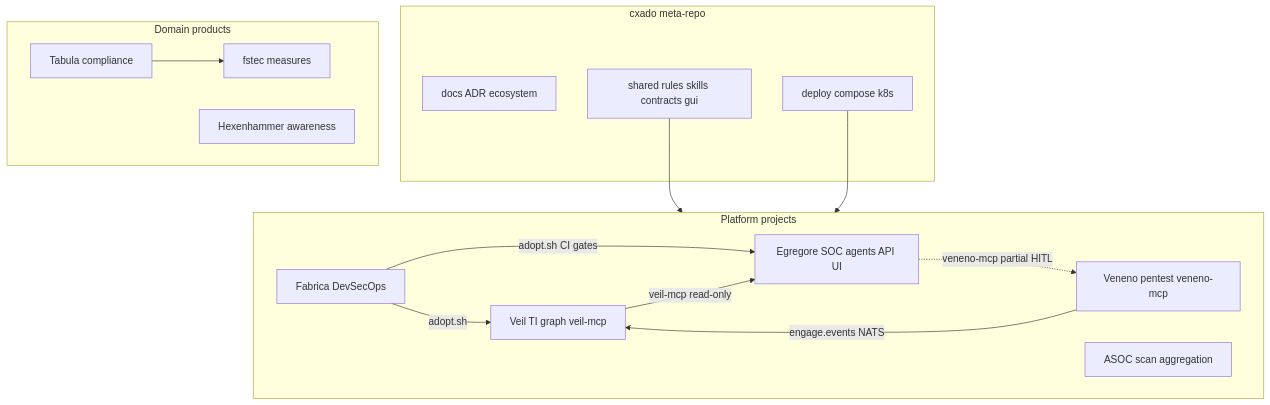
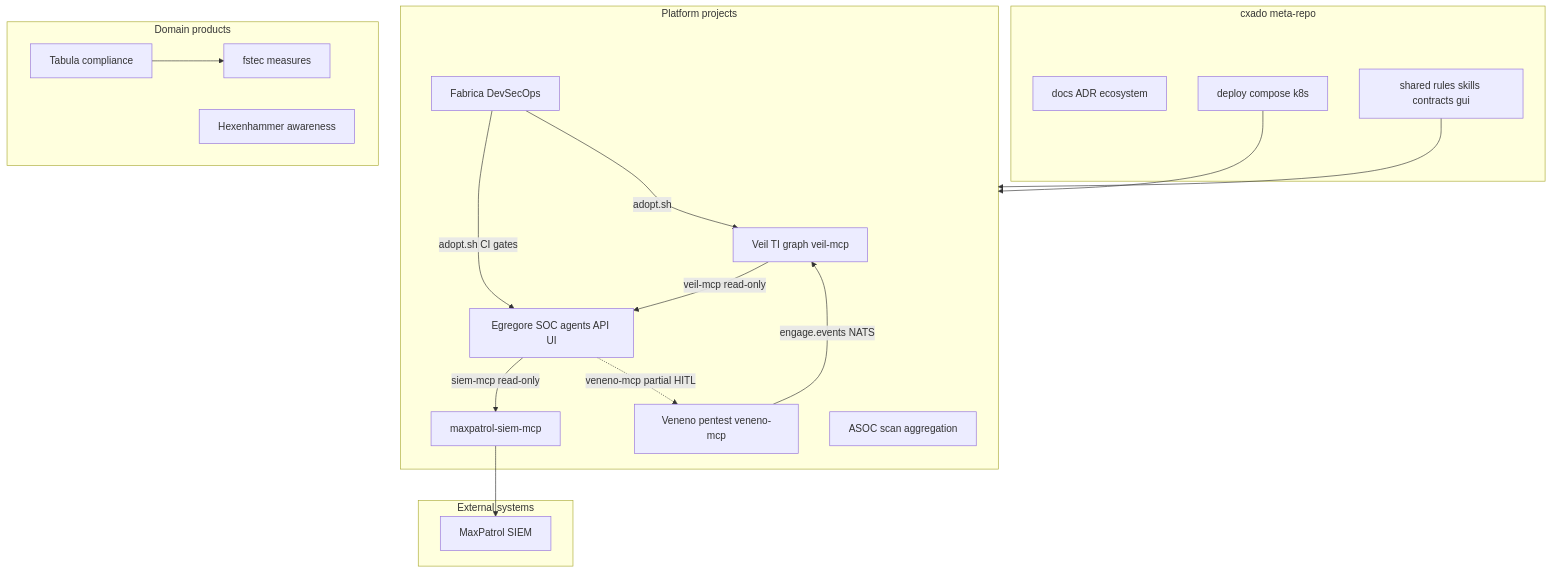
One commit to butbeautifulv/cxado changed the diagram in docs/architecture-site/diagrams/ecosystem.mmd. Above: the diagram before and after it, drawn with Mermaid. The commit also changed 152 other files, not shown here.

First line of the commit message:
Add MCP gateways (DefectDojo, Tenable, SIEM) and offline deploy hardening.

```diff
--- a/docs/architecture-site/diagrams/ecosystem.mmd
+++ b/docs/architecture-site/diagrams/ecosystem.mmd
@@ -1,29 +1,36 @@
 flowchart TB
   subgraph meta [cxado meta-repo]
     DOCS[docs ADR ecosystem]
     DEPLOY[deploy compose k8s]
     SHARED[shared rules skills contracts gui]
   end
 
   subgraph platform [Platform projects]
     VEIL[Veil TI graph veil-mcp]
     VENENO[Veneno pentest veneno-mcp]
     EGG[Egregore SOC agents API UI]
+    SIEM_MCP[maxpatrol-siem-mcp]
     FAB[Fabrica DevSecOps]
     ASOC[ASOC scan aggregation]
   end
 
   subgraph domains [Domain products]
     TAB[Tabula compliance]
     FSTEC[fstec measures]
     HEX[Hexenhammer awareness]
   end
 
+  subgraph external [External systems]
+    MP[MaxPatrol SIEM]
+  end
+
   VENENO -->|engage.events NATS| VEIL
   VEIL -->|veil-mcp read-only| EGG
+  EGG -->|siem-mcp read-only| SIEM_MCP
+  SIEM_MCP --> MP
   EGG -.->|veneno-mcp partial HITL| VENENO
   FAB -->|adopt.sh CI gates| EGG
   FAB -->|adopt.sh| VEIL
   TAB --> FSTEC
   SHARED --> platform
   DEPLOY --> platform
```
